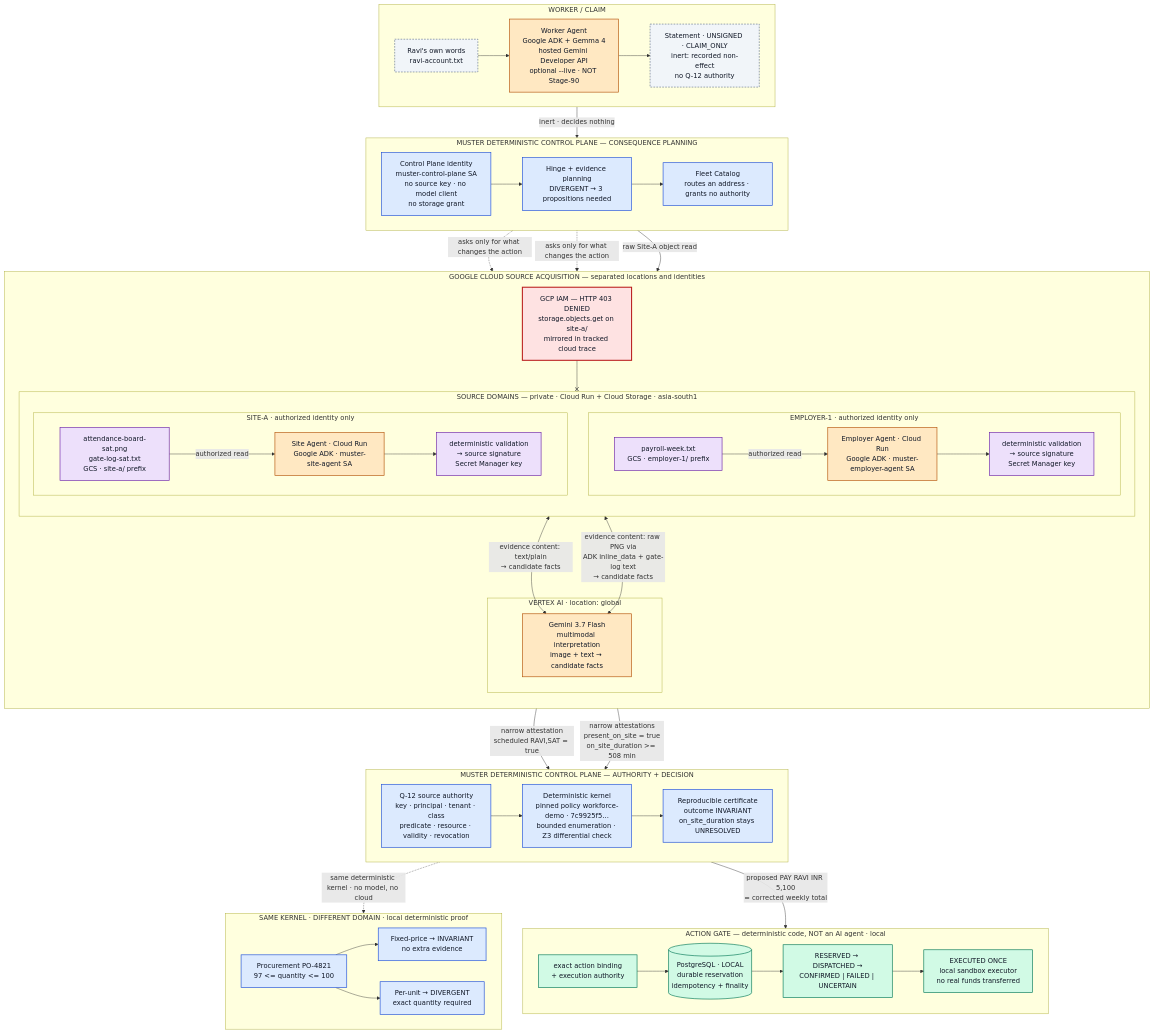
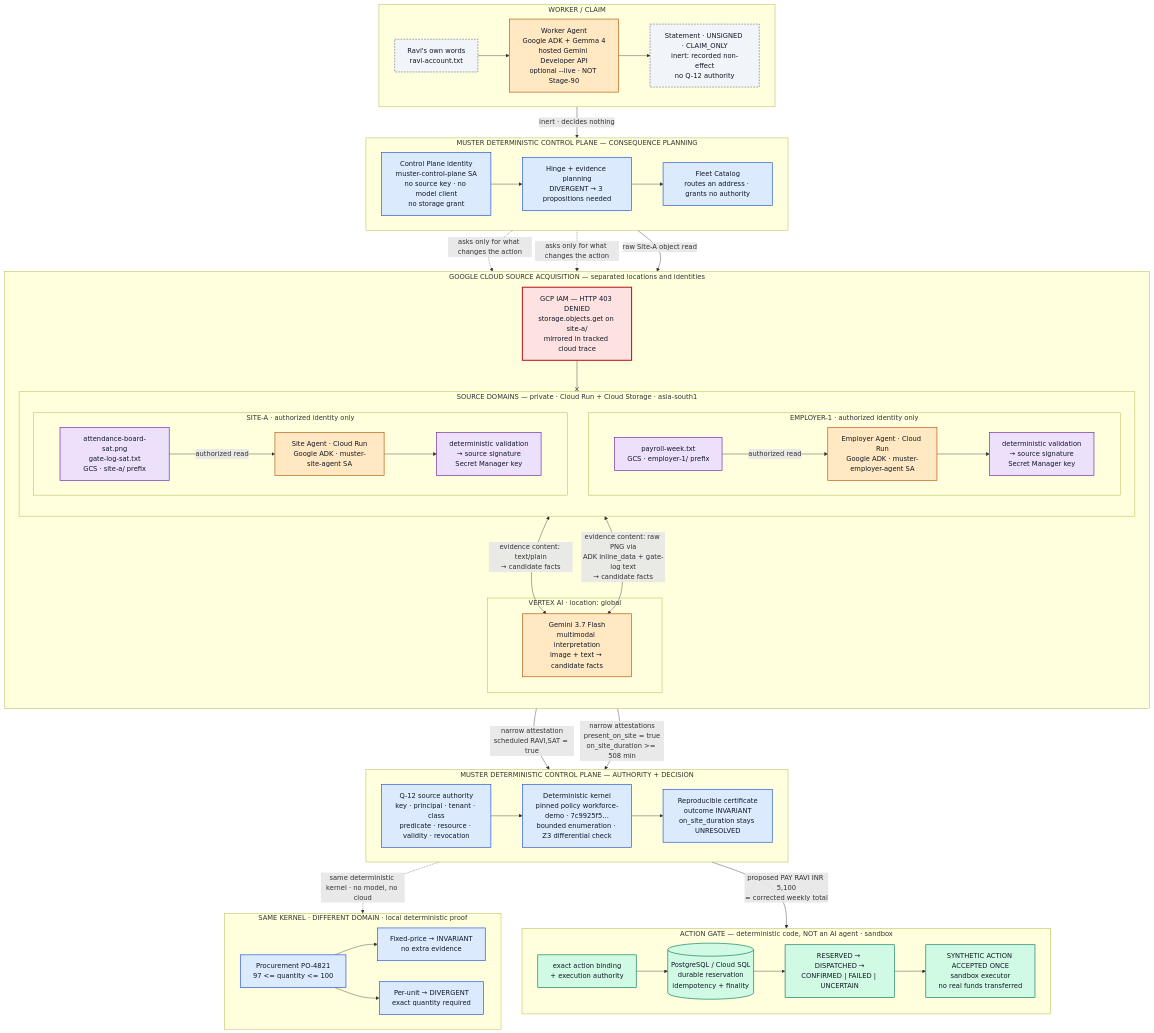
One commit to satish9177/muster changed the diagram in ARCHITECTURE.md. Above: the diagram before and after it, drawn with Mermaid. The commit also changed other lines of this file and 5 other files, not shown here.

```diff
--- a/ARCHITECTURE.md
+++ b/ARCHITECTURE.md
@@ -128,12 +128,12 @@
   EVAL -->|"narrow attestation<br/>scheduled RAVI,SAT = true"| Q12
   SVAL -->|"narrow attestations<br/>present_on_site = true<br/>on_site_duration >= 508 min"| Q12
 
-  subgraph Z4["ACTION GATE — deterministic code, NOT an AI agent · local"]
+  subgraph Z4["ACTION GATE — deterministic code, NOT an AI agent · sandbox"]
     direction LR
     BIND["exact action binding<br/>+ execution authority"]:::exec
-    PG[("PostgreSQL · LOCAL<br/>durable reservation<br/>idempotency + finality")]:::exec
+    PG[("PostgreSQL / Cloud SQL<br/>durable reservation<br/>idempotency + finality")]:::exec
     LIFE["RESERVED → DISPATCHED →<br/>CONFIRMED | FAILED | UNCERTAIN"]:::exec
-    DONE["EXECUTED ONCE<br/>local sandbox executor<br/>no real funds transferred"]:::exec
+    DONE["SYNTHETIC ACTION ACCEPTED ONCE<br/>sandbox executor<br/>no real funds transferred"]:::exec
     BIND --> PG --> LIFE --> DONE
   end
 
```
